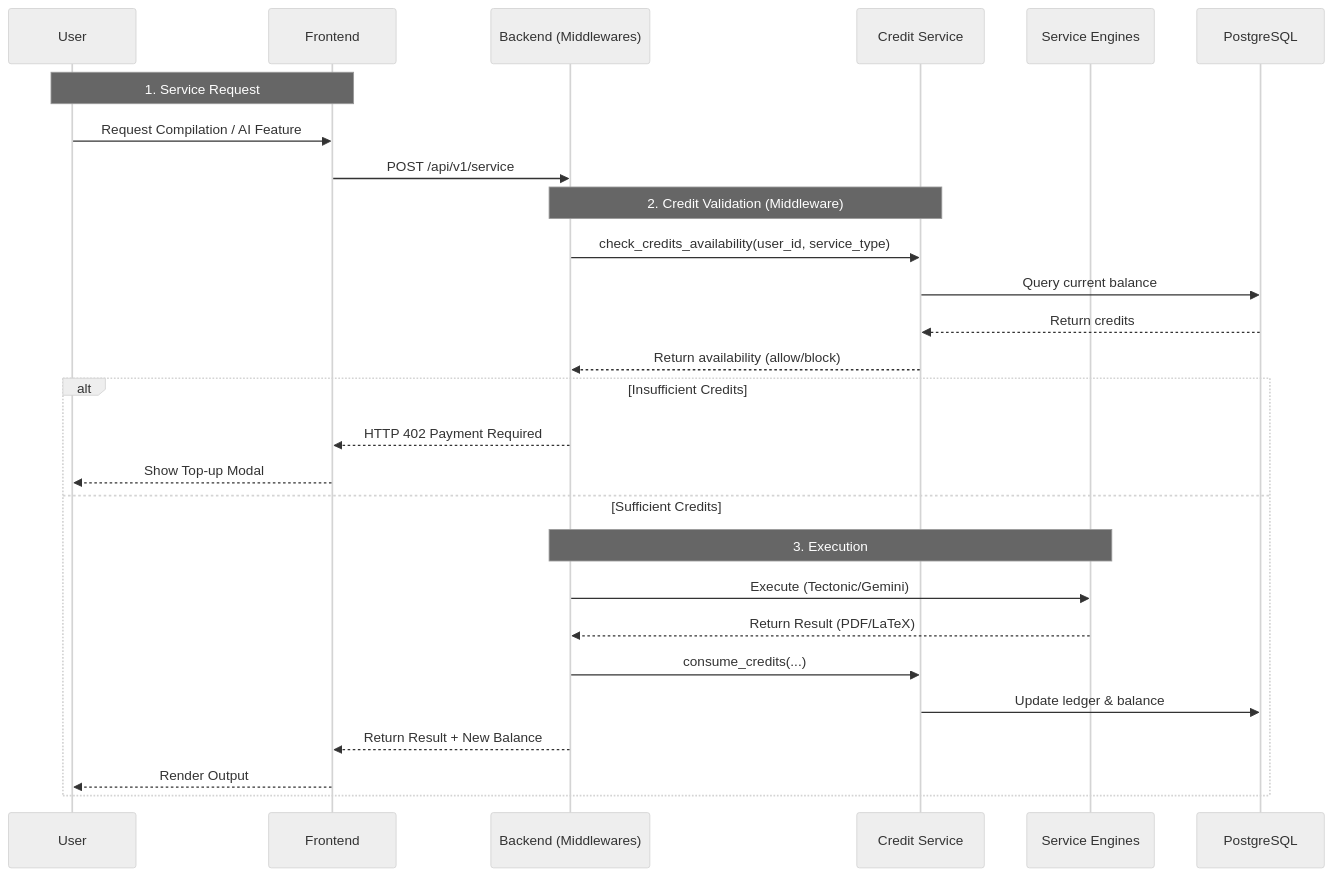
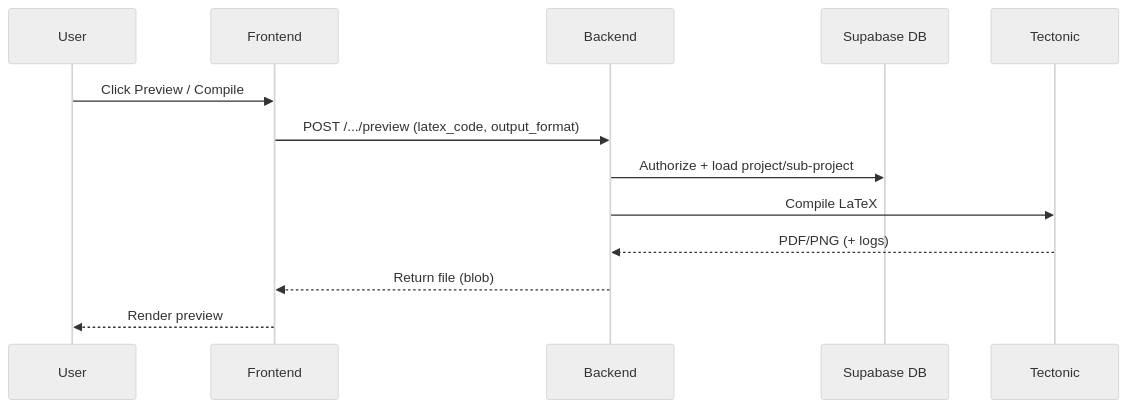
Before and after one commit to Mehedi26696/Tizkit: the second of 2 diagrams in README.md, drawn with Mermaid (neutral theme). The commit also changed other lines of this file, not shown here.

````diff
--- a/README.md
+++ b/README.md
@@ -67,32 +111,16 @@
 ```mermaid
 sequenceDiagram
     participant U as User
-    participant F as Frontend
-    participant B as Backend (Middlewares)
-    participant Cr as Credit Service
-    participant En as Service Engines
-    participant DB as PostgreSQL
+    participant FE as Frontend
+    participant API as Backend
+    participant DB as Supabase DB
+    participant TEX as Tectonic
 
-    Note over U,F: 1. Service Request
-    U->>F: Request Compilation / AI Feature
-    F->>B: POST /api/v1/service
-    
-    Note over B,Cr: 2. Credit Validation (Middleware)
-    B->>Cr: check_credits_availability(user_id, service_type)
-    Cr->>DB: Query current balance
-    DB-->>Cr: Return credits
-    Cr-->>B: Return availability (allow/block)
-    
-    alt Insufficient Credits
-        B-->>F: HTTP 402 Payment Required
-        F-->>U: Show Top-up Modal
-    else Sufficient Credits
-        Note over B,En: 3. Execution
-        B->>En: Execute (Tectonic/Gemini)
-        En-->>B: Return Result (PDF/LaTeX)
-        B->>Cr: consume_credits(...)
-        Cr->>DB: Update ledger & balance
-        B-->>F: Return Result + New Balance
-        F-->>U: Render Output
-    end
+    U->>FE: Click Preview / Compile
+    FE->>API: POST /.../preview (latex_code, output_format)
+    API->>DB: Authorize + load project/sub-project
+    API->>TEX: Compile LaTeX
+    TEX-->>API: PDF/PNG (+ logs)
+    API-->>FE: Return file (blob)
+    FE-->>U: Render preview
 ```
````
